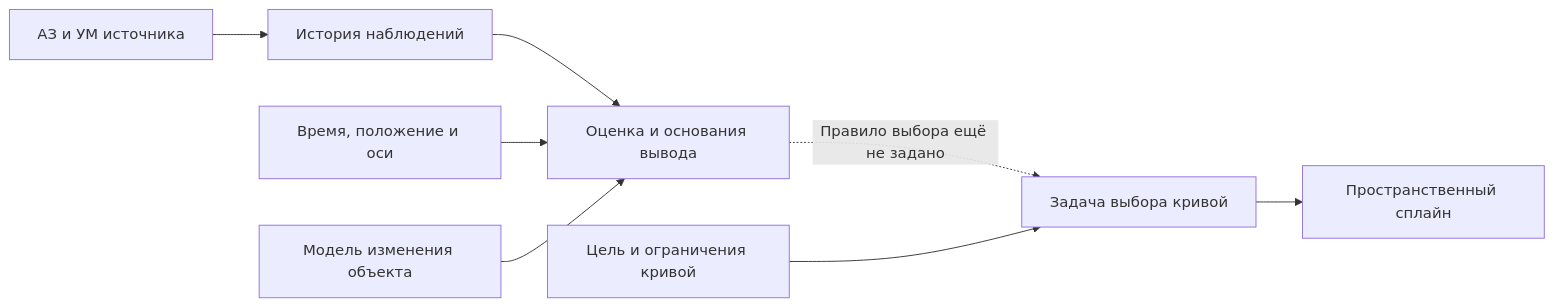
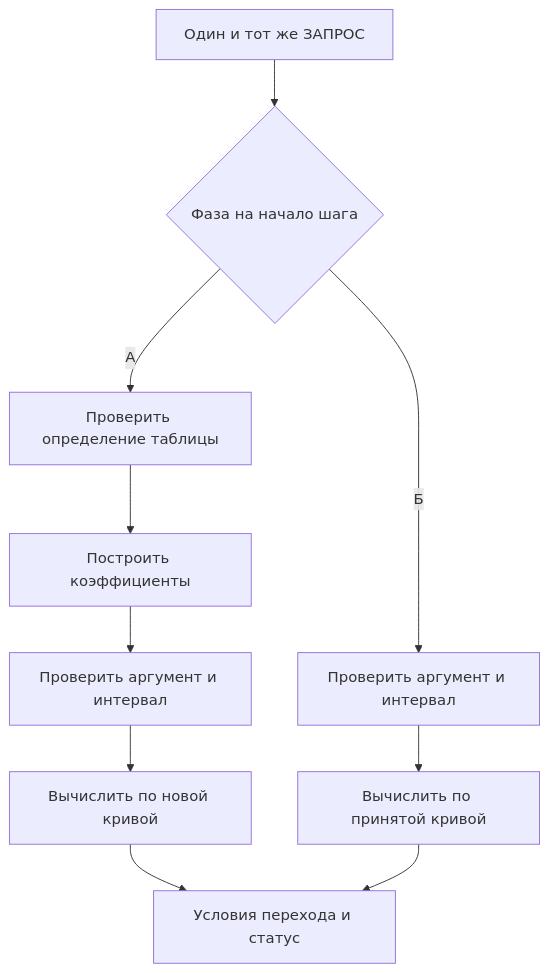
The second of 4 diagrams in docs-complex/RADIO_OBSERVATION_EXAM.md (izio007/libtr), drawn with Mermaid before and after one commit. The commit also changed other lines of this file, not shown here.

````diff
--- a/docs-complex/RADIO_OBSERVATION_EXAM.md
+++ b/docs-complex/RADIO_OBSERVATION_EXAM.md
@@ -22,10 +242,12 @@
 ```mermaid
-flowchart LR
-    Z["АЗ и УМ источника"] --> H["История наблюдений"]
-    H --> X["Оценка и основания вывода"]
-    C["Время, положение и оси"] --> X
-    M["Модель изменения объекта"] --> X
-    X -. "Правило выбора ещё не задано" .-> P["Задача выбора кривой"]
-    R["Цель и ограничения кривой"] --> P
-    P --> S["Пространственный сплайн"]
+flowchart TD
+    event["Один и тот же ЗАПРОС"] --> phase{"Фаза на начало шага"}
+    phase -->|"А"| definition["Проверить определение таблицы"]
+    definition --> build["Построить коэффициенты"]
+    build --> firstDomain["Проверить аргумент и интервал"]
+    firstDomain --> firstValue["Вычислить по новой кривой"]
+    phase -->|"Б"| domain["Проверить аргумент и интервал"]
+    domain --> evaluate["Вычислить по принятой кривой"]
+    firstValue --> decision["Условия перехода и статус"]
+    evaluate --> decision
 ```
````
